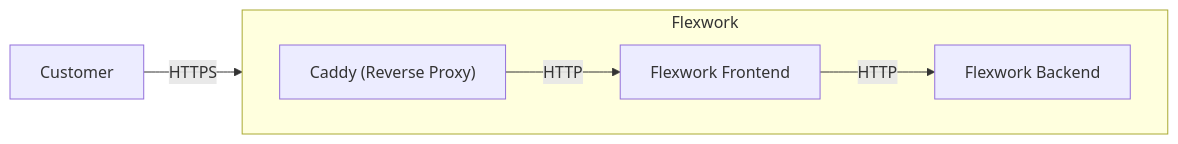
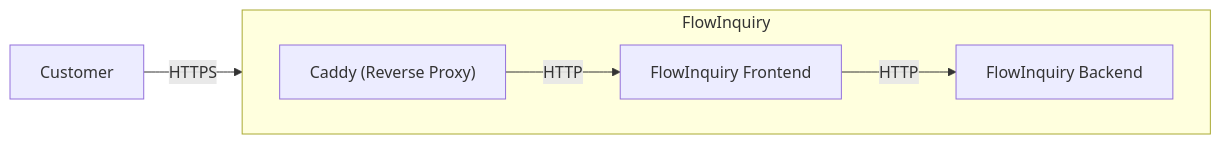
One commit to minhnguyen-ai/flowinquiry-server changed the diagram in pages/developer_guides/deployment.mdx. Above: the diagram before and after it, drawn with Mermaid. The commit also changed other lines of this file and 10 other files, not shown here.

````diff
--- a/pages/developer_guides/deployment.mdx
+++ b/pages/developer_guides/deployment.mdx
@@ -72,10 +72,10 @@
 ```mermaid
 flowchart LR
     Customer["Customer"] -- HTTPS --> Caddy["Caddy (Reverse Proxy)"]
 
-    subgraph Flexwork
+    subgraph FlowInquiry
         direction LR
-        Caddy -- HTTP --> Frontend["Flexwork Frontend"]
-        Frontend -- HTTP --> Backend["Flexwork Backend"]
+        Caddy -- HTTP --> Frontend["FlowInquiry Frontend"]
+        Frontend -- HTTP --> Backend["FlowInquiry Backend"]
     end
 ```
````
